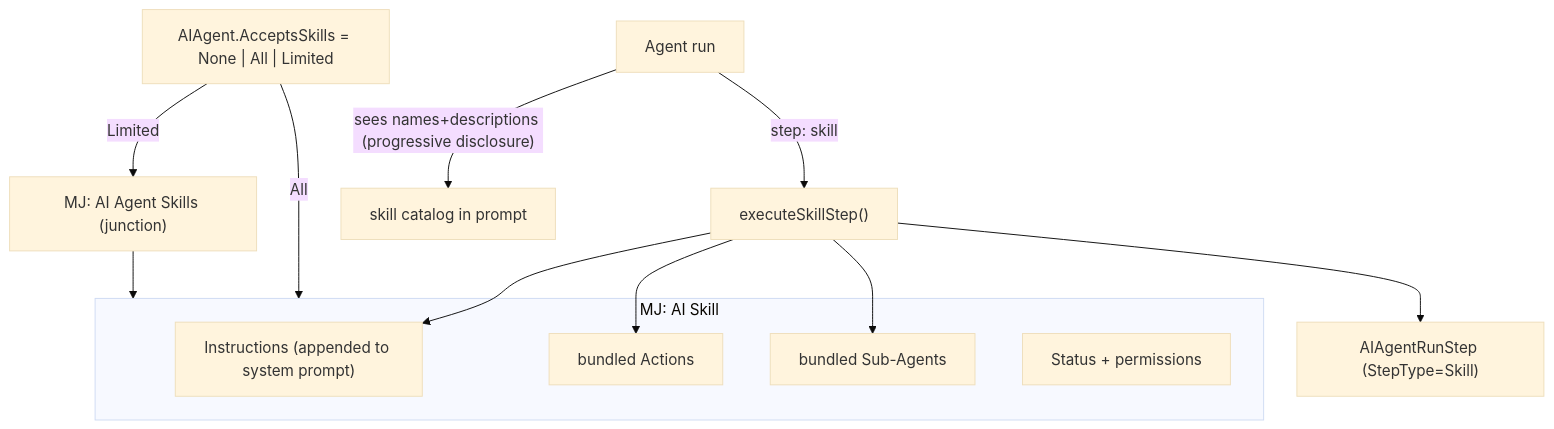
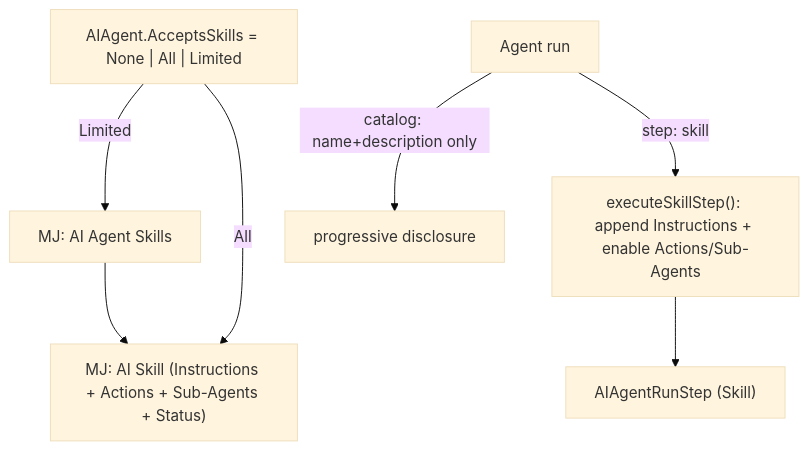
The fifth of 9 diagrams in plans/conversations-mega-phase-1-wbs.md (MemberJunction/MJ), drawn with Mermaid (base theme) before and after one commit. The commit also changed other lines of this file, not shown here.

````diff
--- a/plans/conversations-mega-phase-1-wbs.md
+++ b/plans/conversations-mega-phase-1-wbs.md
@@ -265,19 +214,10 @@
 ```mermaid
 flowchart TB
-  subgraph SKILL["MJ: AI Skill"]
-    INSTR["Instructions (appended to system prompt)"]
-    ACTS["bundled Actions"]
-    SUBS["bundled Sub-Agents"]
-    GOV["Status + permissions"]
-  end
   AGENT["AIAgent.AcceptsSkills = None | All | Limited"]
-  AGENT -- "Limited" --> J["MJ: AI Agent Skills (junction)"]
-  J --> SKILL
-  AGENT -- "All" --> SKILL
-  RUN["Agent run"] -->|"sees names+descriptions (progressive disclosure)"| CAT["skill catalog in prompt"]
-  RUN -->|"step: skill"| ACT["executeSkillStep()"]
-  ACT --> INSTR
-  ACT --> ACTS
-  ACT --> SUBS
-  ACT --> STEP["AIAgentRunStep (StepType=Skill)"]
+  AGENT -- Limited --> J["MJ: AI Agent Skills"]
+  J --> SKILL["MJ: AI Skill (Instructions + Actions + Sub-Agents + Status)"]
+  AGENT -- All --> SKILL
+  RUN["Agent run"] -->|catalog: name+description only| CAT[progressive disclosure]
+  RUN -->|"step: skill"| ACT["executeSkillStep(): append Instructions + enable Actions/Sub-Agents"]
+  ACT --> STEP["AIAgentRunStep (Skill)"]
 ```
````
